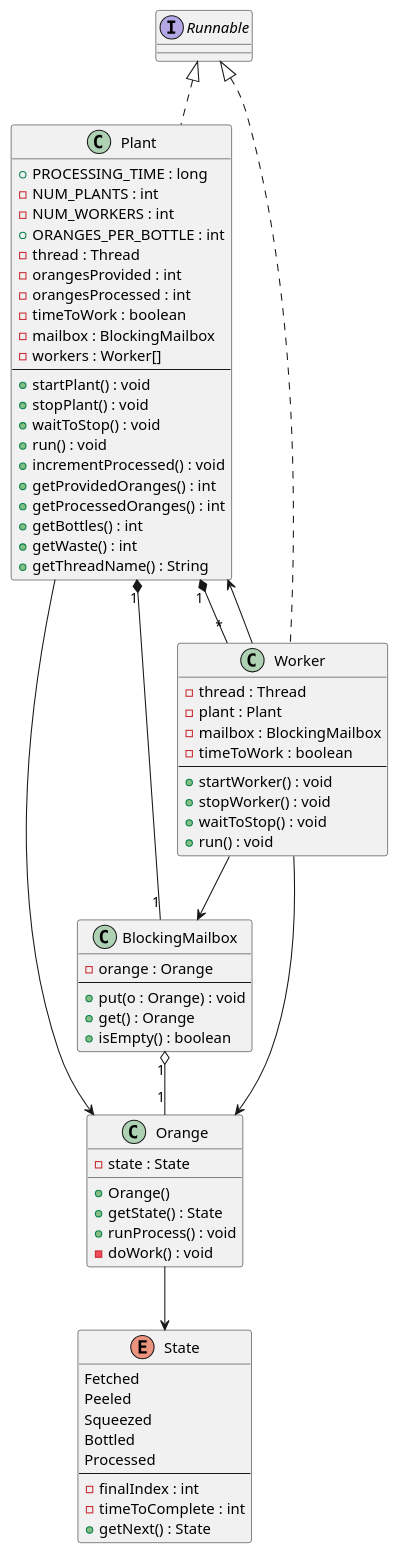
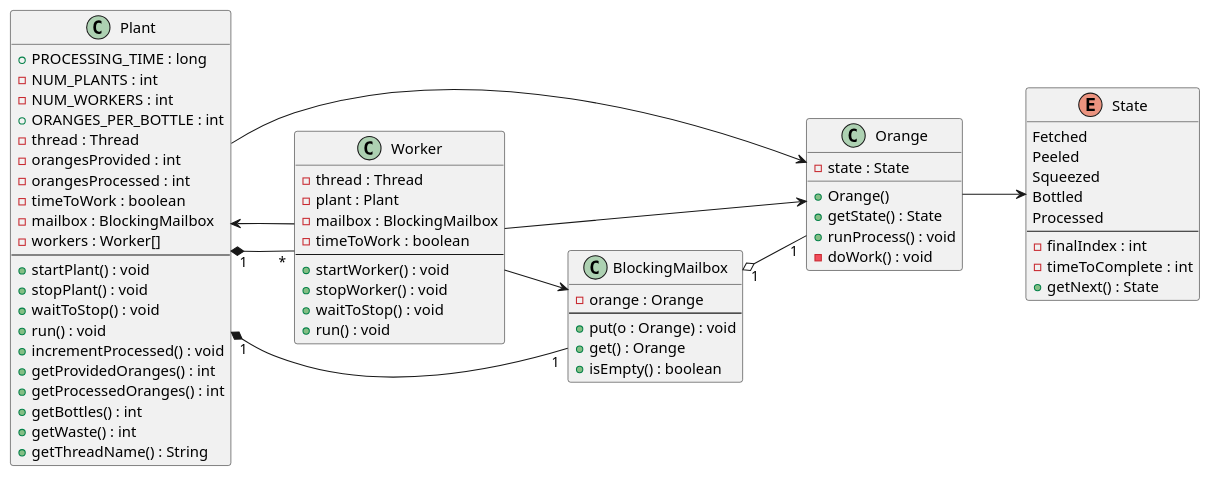
One commit to zgacnik-carroll/JuiceBottler changed the diagram in documentation/JuiceBottler.puml. Above: the diagram before and after it, drawn with PlantUML. The commit also changed 1 other file, not shown here.

```diff
--- a/documentation/JuiceBottler.puml
+++ b/documentation/JuiceBottler.puml
@@ -1,81 +1,77 @@
 @startuml
+left to right direction
 
 class Orange {
   - state : State
   + Orange()
   + getState() : State
   + runProcess() : void
   - doWork() : void
 }
 
 enum State {
   Fetched
   Peeled
   Squeezed
   Bottled
   Processed
   --
   - finalIndex : int
   - timeToComplete : int
   + getNext() : State
 }
 
 class Plant {
   + PROCESSING_TIME : long
   - NUM_PLANTS : int
   - NUM_WORKERS : int
   + ORANGES_PER_BOTTLE : int
   - thread : Thread
   - orangesProvided : int
   - orangesProcessed : int
   - timeToWork : boolean
   - mailbox : BlockingMailbox
   - workers : Worker[]
   --
   + startPlant() : void
   + stopPlant() : void
   + waitToStop() : void
   + run() : void
   + incrementProcessed() : void
   + getProvidedOranges() : int
   + getProcessedOranges() : int
   + getBottles() : int
   + getWaste() : int
   + getThreadName() : String
 }
 
 class Worker {
   - thread : Thread
   - plant : Plant
   - mailbox : BlockingMailbox
   - timeToWork : boolean
   --
   + startWorker() : void
   + stopWorker() : void
   + waitToStop() : void
   + run() : void
 }
 
 class BlockingMailbox {
   - orange : Orange
   --
   + put(o : Orange) : void
   + get() : Orange
   + isEmpty() : boolean
 }
 
-interface Runnable
-
-Runnable <|.. Plant
-Runnable <|.. Worker
-
 Orange --> State
 BlockingMailbox "1" o-- "1" Orange
 Plant "1" *-- "1" BlockingMailbox
 Plant "1" *-- "*" Worker
 Worker --> BlockingMailbox
 Worker --> Plant
 Plant --> Orange
 Worker --> Orange
 
 @enduml
```
